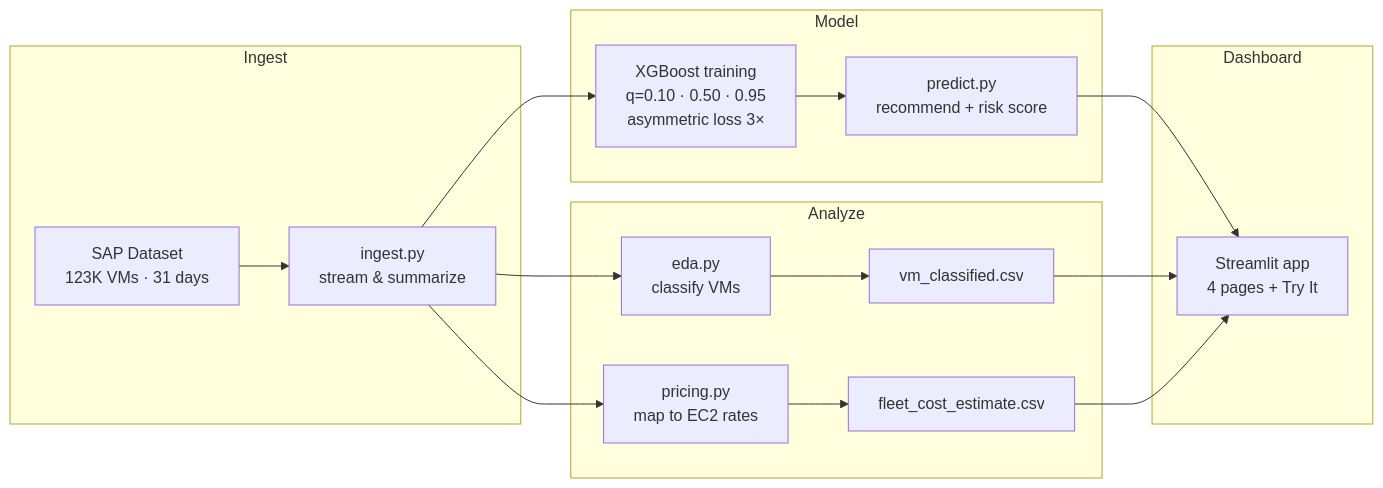
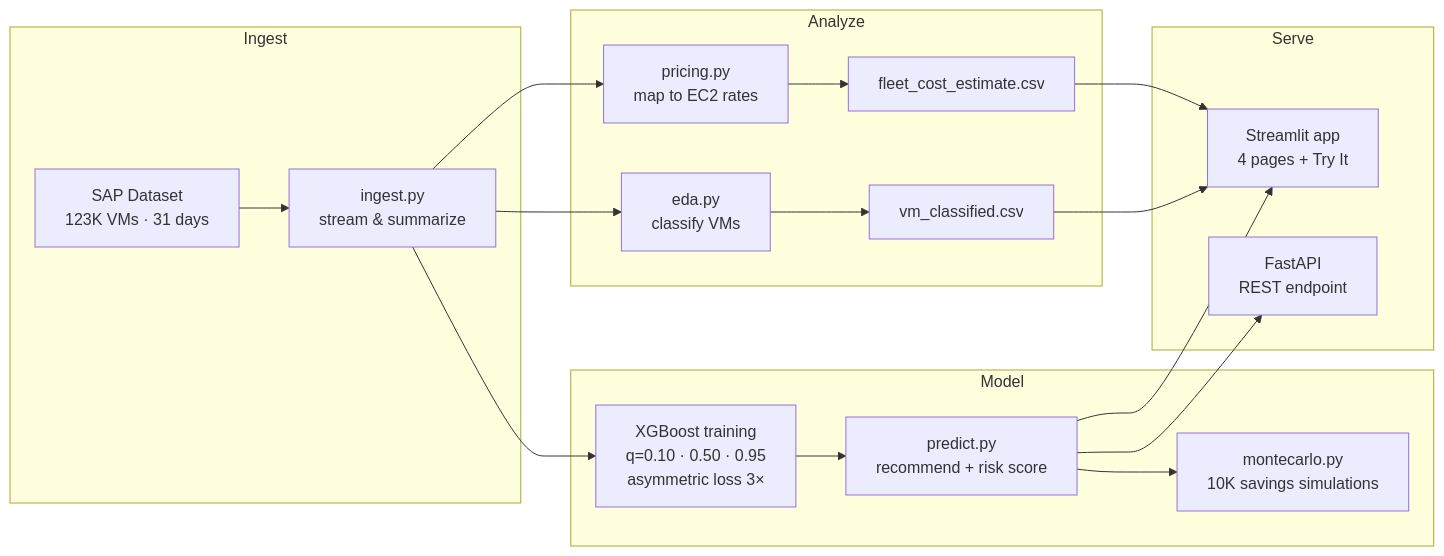
The diagram in README.md (aroaxinping/cloud-cost-predictor), drawn with Mermaid before and after one commit. The commit also changed other lines of this file, not shown here.

````diff
--- a/README.md
+++ b/README.md
@@ -76,24 +119,26 @@
 ```mermaid
 flowchart LR
     subgraph Ingest
         A[SAP Dataset\n123K VMs · 31 days] --> B[ingest.py\nstream & summarize]
     end
 
     subgraph Analyze
         B --> C[eda.py\nclassify VMs]
         B --> D[pricing.py\nmap to EC2 rates]
         C --> E[vm_classified.csv]
         D --> F[fleet_cost_estimate.csv]
     end
 
     subgraph Model
         B --> G[XGBoost training\nq=0.10 · 0.50 · 0.95\nasymmetric loss 3×]
         G --> H[predict.py\nrecommend + risk score]
+        H --> MC[montecarlo.py\n10K savings simulations]
     end
 
-    subgraph Dashboard
+    subgraph Serve
         H --> I[Streamlit app\n4 pages + Try It]
+        H --> J[FastAPI\nREST endpoint]
         E --> I
         F --> I
     end
 ```
````
